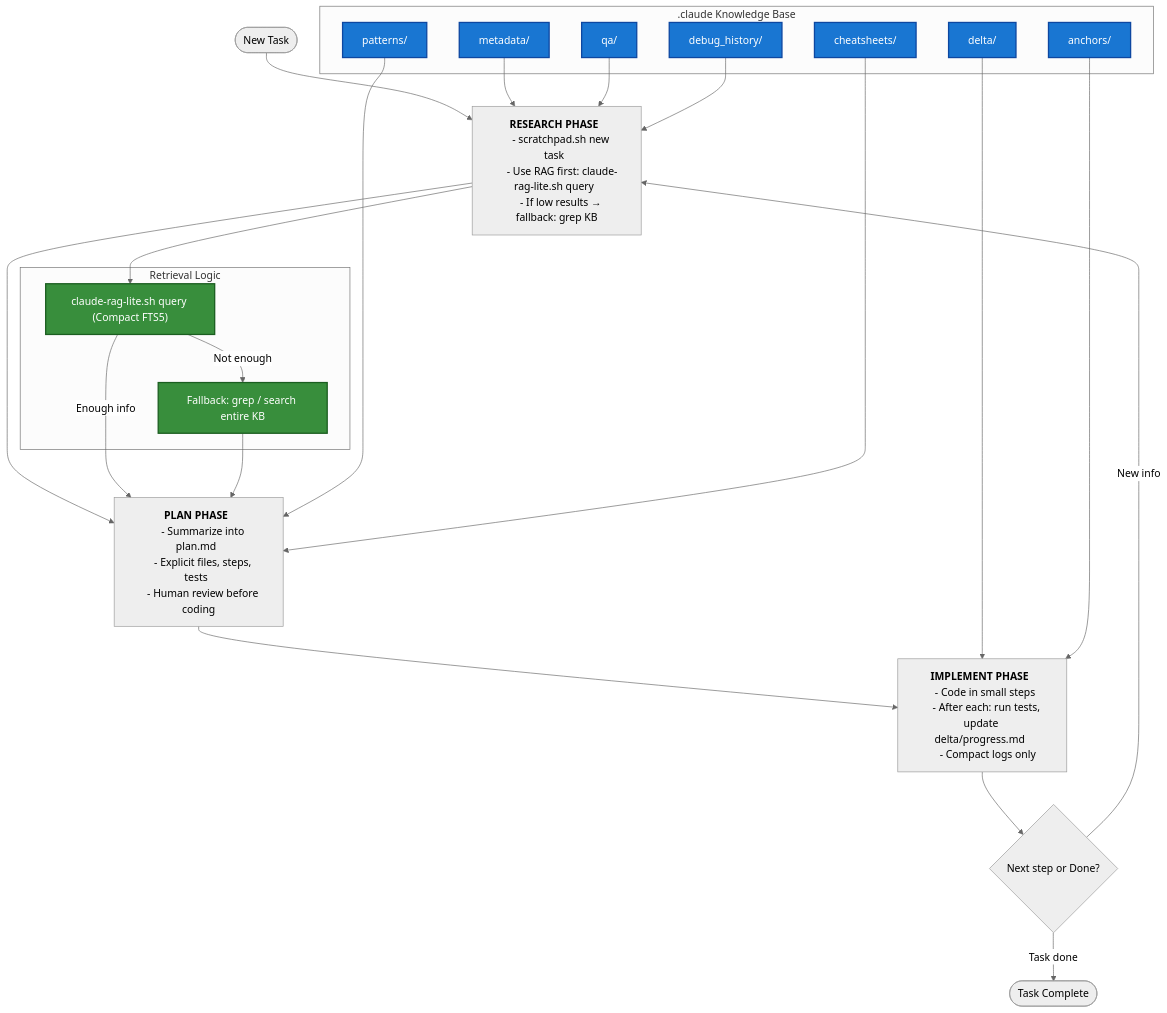
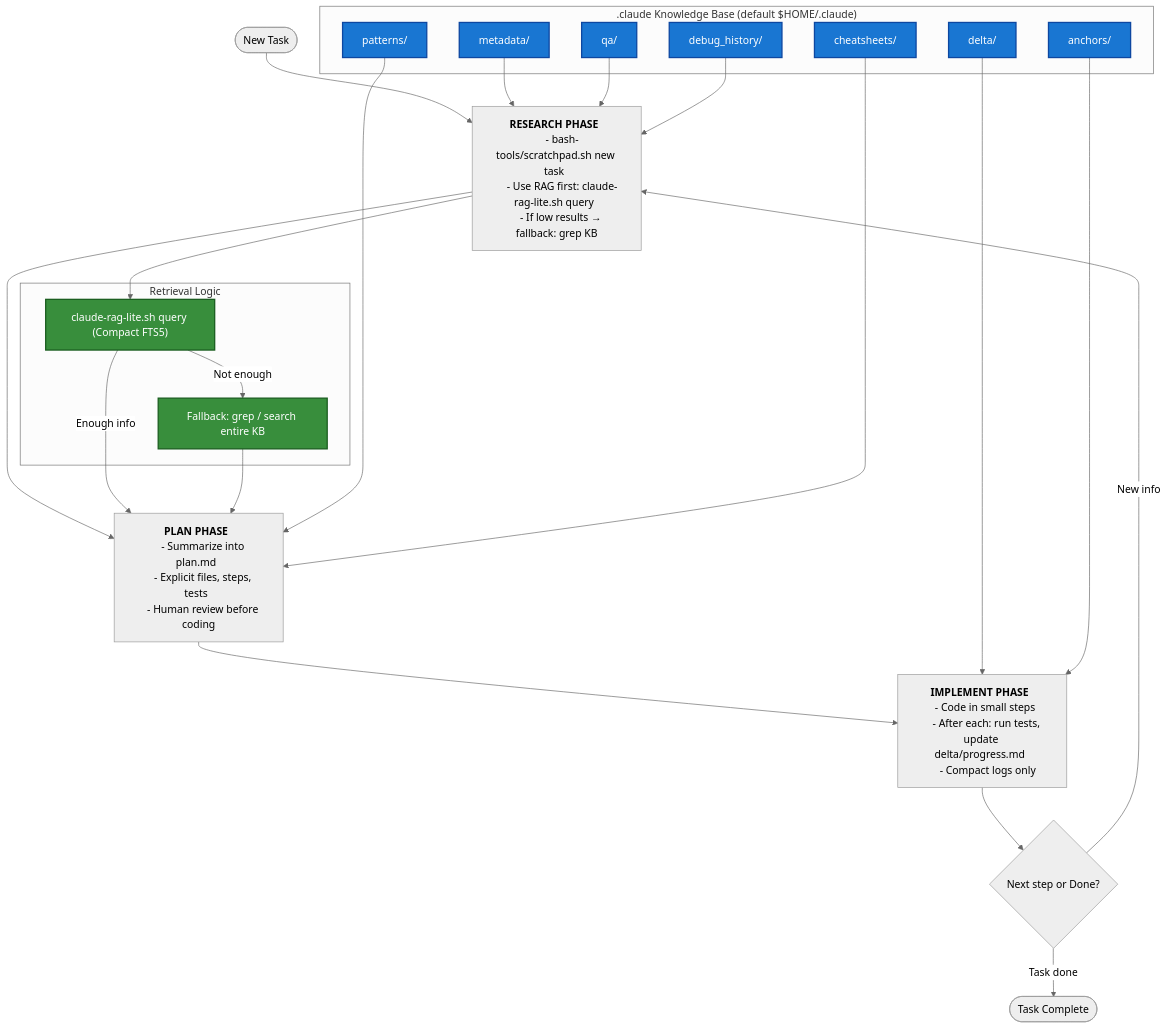
Before and after one commit to alchemiststudiosDOTai/llm-agent-tools: the second of 2 diagrams in README.md, drawn with Mermaid (neutral theme). The commit also changed other lines of this file and 9 other files, not shown here.

First line of the commit message:
Move scratchpad tool/templates to bash-tools; default KB to $HOME/.claude; update docs and diagrams; add wrapper; adjust installer and RAG defaults

````diff
--- a/README.md
+++ b/README.md
@@ -394,63 +432,63 @@
 ```mermaid
 flowchart TD
     A([New Task]) --> Research
 
     %% Research Phase
     Research["`**RESEARCH PHASE**  
-    - scratchpad.sh new task  
+    - bash-tools/scratchpad.sh new task  
     - Use RAG first: claude-rag-lite.sh query  
     - If low results → fallback: grep KB`"]
     --> Plan
 
     %% Plan Phase
     Plan["`**PLAN PHASE**  
     - Summarize into plan.md  
     - Explicit files, steps, tests  
     - Human review before coding`"]
     --> Implement
 
     %% Implement Phase
     Implement["`**IMPLEMENT PHASE**  
     - Code in small steps  
     - After each: run tests, update delta/progress.md  
     - Compact logs only`"]
     --> Checkpoint{"Next step or Done?"}
 
     Checkpoint -->|New info| Research
     Checkpoint -->|Task done| End([Task Complete])
 
     %% RAG & KB Logic
     subgraph Retrieval["Retrieval Logic"]
         RAG["claude-rag-lite.sh query (Compact FTS5)"]:::r
         GREP["Fallback: grep / search entire KB"]:::r
     end
 
     Research --> RAG
     RAG -->|Enough info| Plan
     RAG -->|Not enough| GREP
     GREP --> Plan
 
     %% Knowledge Base
-    subgraph CLAUDE[".claude Knowledge Base"]
+    subgraph CLAUDE[".claude Knowledge Base (default $HOME/.claude)"]
         metadata[metadata/]:::k
         delta[delta/]:::k
         qa[qa/]:::k
         patterns[patterns/]:::k
         debug[debug_history/]:::k
         cheatsheets[cheatsheets/]:::k
         anchors[anchors/]:::k
     end
 
     metadata --> Research
     delta --> Implement
     patterns --> Plan
     qa --> Research
     debug --> Research
     cheatsheets --> Plan
     anchors --> Implement
 
     %% Classes
     classDef k fill:#1976d2,stroke:#0d47a1,stroke-width:2px,color:#fff
     classDef r fill:#388e3c,stroke:#1b5e20,stroke-width:2px,color:#fff
     classDef phase fill:#f57c00,stroke:#e65100,stroke-width:2px,color:#fff
 ```
````
